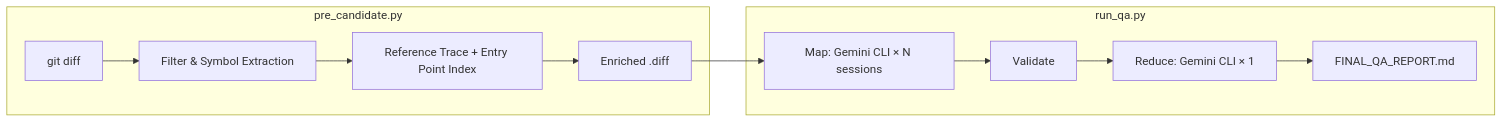
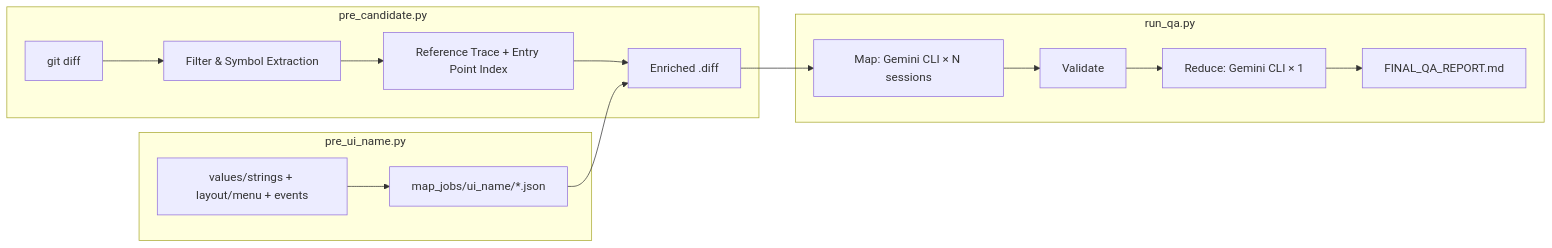
One commit to codefoundry-io/project-qa changed the first of 4 diagrams in README.md. Above: the diagram before and after it, drawn with Mermaid. The commit also changed other lines of this file and 6 other files, not shown here.

````diff
--- a/README.md
+++ b/README.md
@@ -7,16 +7,22 @@
 ```mermaid
 flowchart LR
+    subgraph ui["pre_ui_name.py"]
+        U0["values/strings + layout/menu + events"]
+        U0 --> U1["map_jobs/ui_name/*.json"]
+    end
+
     subgraph pre["pre_candidate.py"]
         A[git diff] --> B[Filter & Symbol Extraction]
         B --> C[Reference Trace + Entry Point Index]
         C --> F["Enriched .diff"]
+        U1 --> F
     end
 
     subgraph run["run_qa.py"]
         G["Map: Gemini CLI × N sessions"] --> H[Validate]
         H --> I["Reduce: Gemini CLI × 1"]
         I --> J["FINAL_QA_REPORT.md"]
     end
 
     F --> G
 ```
````
